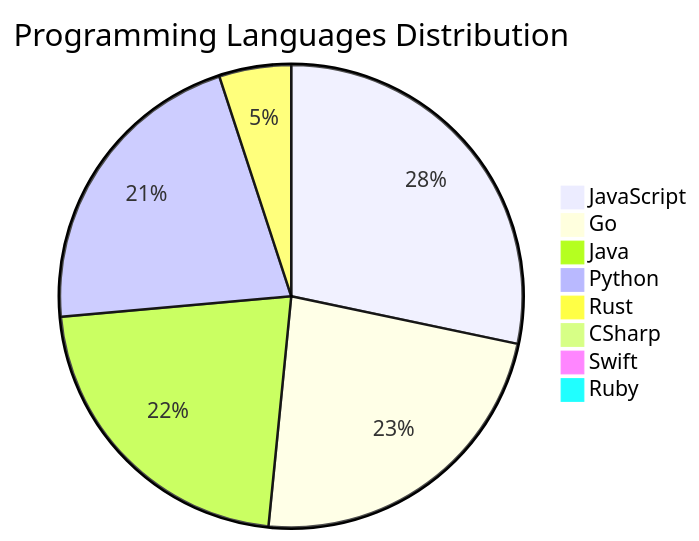
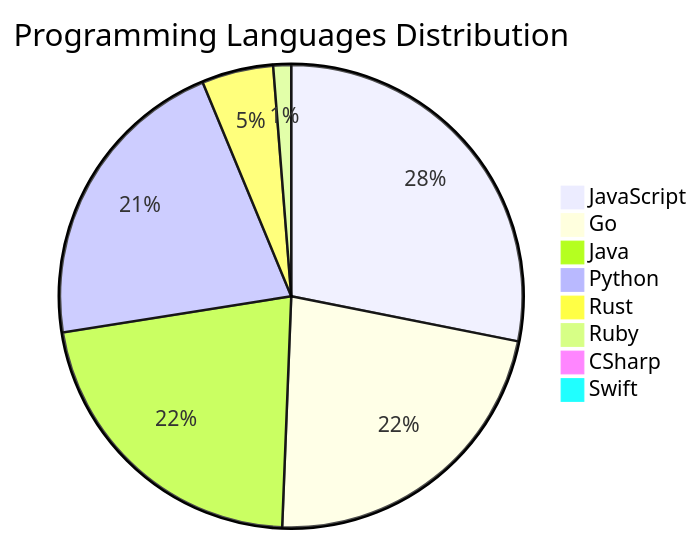
One commit to Derrick-MUGISHA/github-activity-bot changed the diagram in README.md. Above: the diagram before and after it, drawn with Mermaid. The commit also changed other lines of this file and 4 other files, not shown here.

````diff
--- a/README.md
+++ b/README.md
@@ -209,11 +209,11 @@
 ```mermaid
 pie title Programming Languages Distribution
     "JavaScript" : 45
-    "Go" : 37
+    "Go" : 36
     "Java" : 35
     "Python" : 34
     "Rust" : 8
+    "Ruby" : 2
     "CSharp" : 1
     "Swift" : 1
-    "Ruby" : 1
 ```
````
